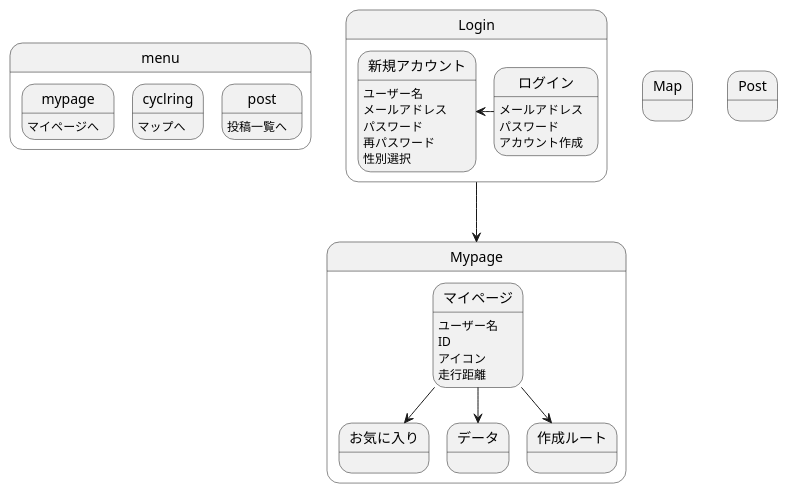
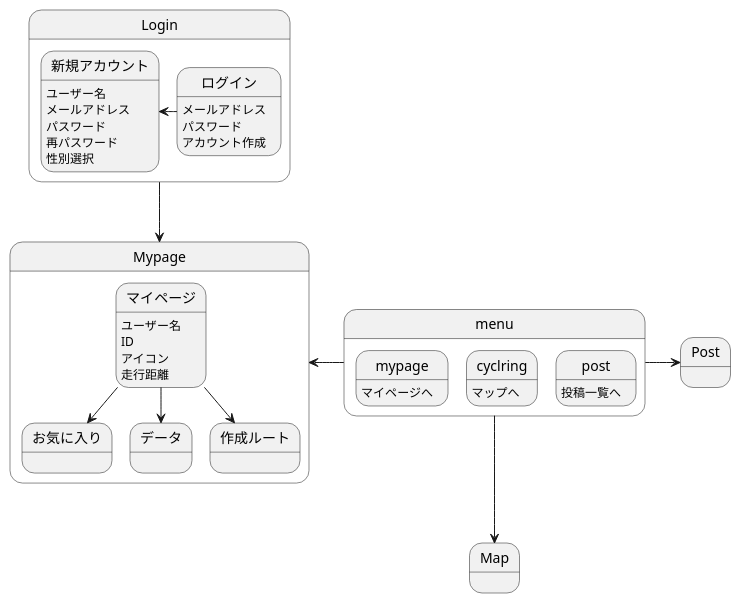
One commit to AsoSD3A3/CyclingSystem changed the diagram in 画面遷移図/gm.md. Above: the diagram before and after it, drawn with PlantUML.

````diff
--- a/画面遷移図/gm.md
+++ b/画面遷移図/gm.md
@@ -1,45 +1,49 @@
 ```uml
 @startuml
 
 state menu{
 mypage:マイページへ
 cyclring:マップへ
 post:投稿一覧へ
 }
+
+menu-left->Mypage
+menu-down->Map
+menu-right->Post
 
 state Login{
 ログイン:メールアドレス
 ログイン:パスワード
 ログイン:アカウント作成
 
 ログイン-left->新規アカウント
 
 新規アカウント:ユーザー名
 新規アカウント:メールアドレス
 新規アカウント:パスワード
 新規アカウント:再パスワード
 新規アカウント:性別選択
 }
 
 Login-down->Mypage
 
 state Mypage{
 マイページ:ユーザー名
 マイページ:ID
 マイページ:アイコン
 マイページ:走行距離
 マイページ-down->お気に入り
 マイページ-down->データ
 マイページ-down->作成ルート
 }
 
 state Map{
 
 }
 
 state Post{
 
 }
 
 @enduml
 ```
````
